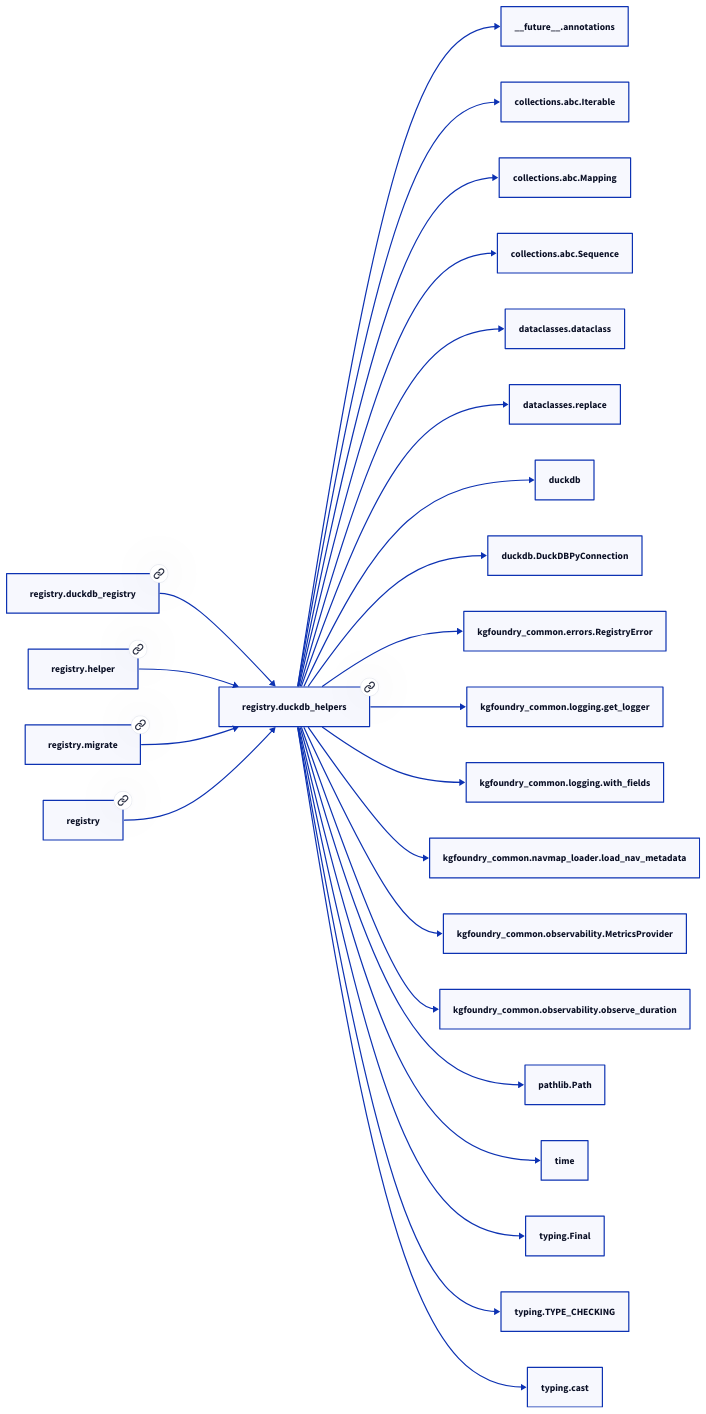
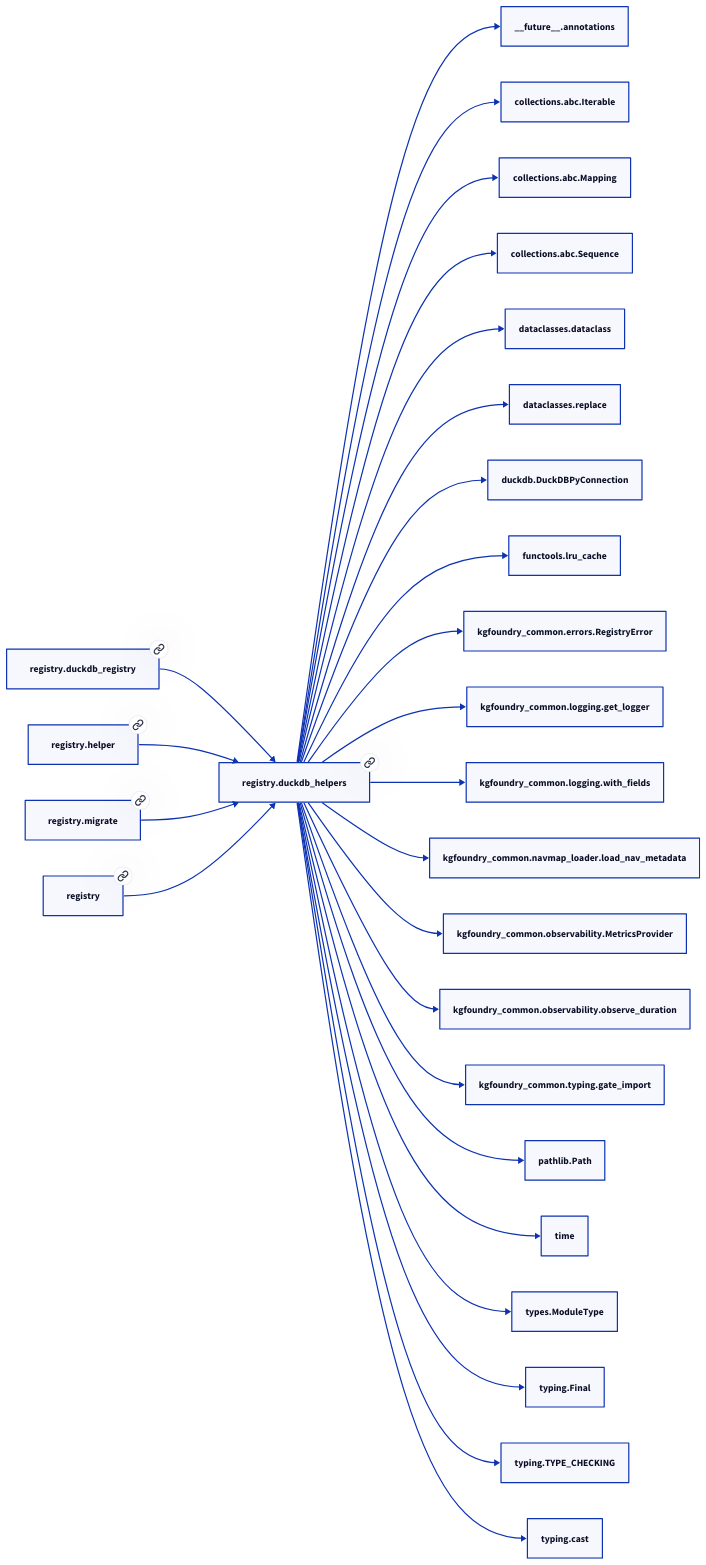
The second of 2 diagrams in docs/modules/registry/duckdb_helpers.md (paul-heyse/kgforge), drawn with D2 before and after one commit. The commit also changed other lines of this file and 107 other files, not shown here.

````diff
--- a/docs/modules/registry/duckdb_helpers.md
+++ b/docs/modules/registry/duckdb_helpers.md
@@ -87,50 +91,54 @@
 ```d2
 direction: right
 "registry.duckdb_helpers": "registry.duckdb_helpers" { link: "https://github.com/paul-heyse/kgfoundry/blob/main/src/registry/duckdb_helpers.py" }
 "__future__.annotations": "__future__.annotations"
 "registry.duckdb_helpers" -> "__future__.annotations"
 "collections.abc.Iterable": "collections.abc.Iterable"
 "registry.duckdb_helpers" -> "collections.abc.Iterable"
 "collections.abc.Mapping": "collections.abc.Mapping"
 "registry.duckdb_helpers" -> "collections.abc.Mapping"
 "collections.abc.Sequence": "collections.abc.Sequence"
 "registry.duckdb_helpers" -> "collections.abc.Sequence"
 "dataclasses.dataclass": "dataclasses.dataclass"
 "registry.duckdb_helpers" -> "dataclasses.dataclass"
 "dataclasses.replace": "dataclasses.replace"
 "registry.duckdb_helpers" -> "dataclasses.replace"
-"duckdb": "duckdb"
-"registry.duckdb_helpers" -> "duckdb"
 "duckdb.DuckDBPyConnection": "duckdb.DuckDBPyConnection"
 "registry.duckdb_helpers" -> "duckdb.DuckDBPyConnection"
+"functools.lru_cache": "functools.lru_cache"
+"registry.duckdb_helpers" -> "functools.lru_cache"
 "kgfoundry_common.errors.RegistryError": "kgfoundry_common.errors.RegistryError"
 "registry.duckdb_helpers" -> "kgfoundry_common.errors.RegistryError"
 "kgfoundry_common.logging.get_logger": "kgfoundry_common.logging.get_logger"
 "registry.duckdb_helpers" -> "kgfoundry_common.logging.get_logger"
 "kgfoundry_common.logging.with_fields": "kgfoundry_common.logging.with_fields"
 "registry.duckdb_helpers" -> "kgfoundry_common.logging.with_fields"
 "kgfoundry_common.navmap_loader.load_nav_metadata": "kgfoundry_common.navmap_loader.load_nav_metadata"
 "registry.duckdb_helpers" -> "kgfoundry_common.navmap_loader.load_nav_metadata"
 "kgfoundry_common.observability.MetricsProvider": "kgfoundry_common.observability.MetricsProvider"
 "registry.duckdb_helpers" -> "kgfoundry_common.observability.MetricsProvider"
 "kgfoundry_common.observability.observe_duration": "kgfoundry_common.observability.observe_duration"
 "registry.duckdb_helpers" -> "kgfoundry_common.observability.observe_duration"
+"kgfoundry_common.typing.gate_import": "kgfoundry_common.typing.gate_import"
+"registry.duckdb_helpers" -> "kgfoundry_common.typing.gate_import"
 "pathlib.Path": "pathlib.Path"
 "registry.duckdb_helpers" -> "pathlib.Path"
 "time": "time"
 "registry.duckdb_helpers" -> "time"
+"types.ModuleType": "types.ModuleType"
+"registry.duckdb_helpers" -> "types.ModuleType"
 "typing.Final": "typing.Final"
 "registry.duckdb_helpers" -> "typing.Final"
 "typing.TYPE_CHECKING": "typing.TYPE_CHECKING"
 "registry.duckdb_helpers" -> "typing.TYPE_CHECKING"
 "typing.cast": "typing.cast"
 "registry.duckdb_helpers" -> "typing.cast"
 "registry.duckdb_registry": "registry.duckdb_registry" { link: "https://github.com/paul-heyse/kgfoundry/blob/main/src/registry/duckdb_registry.py" }
 "registry.duckdb_registry" -> "registry.duckdb_helpers"
 "registry.helper": "registry.helper" { link: "https://github.com/paul-heyse/kgfoundry/blob/main/src/registry/helper.py" }
 "registry.helper" -> "registry.duckdb_helpers"
 "registry.migrate": "registry.migrate" { link: "https://github.com/paul-heyse/kgfoundry/blob/main/src/registry/migrate.py" }
 "registry.migrate" -> "registry.duckdb_helpers"
 "registry": "registry" { link: "https://github.com/paul-heyse/kgfoundry/blob/main/src/registry/__init__.py" }
 "registry" -> "registry.duckdb_helpers" { style: dashed }
 ```
````
